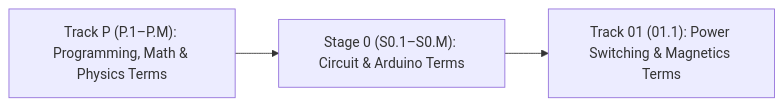
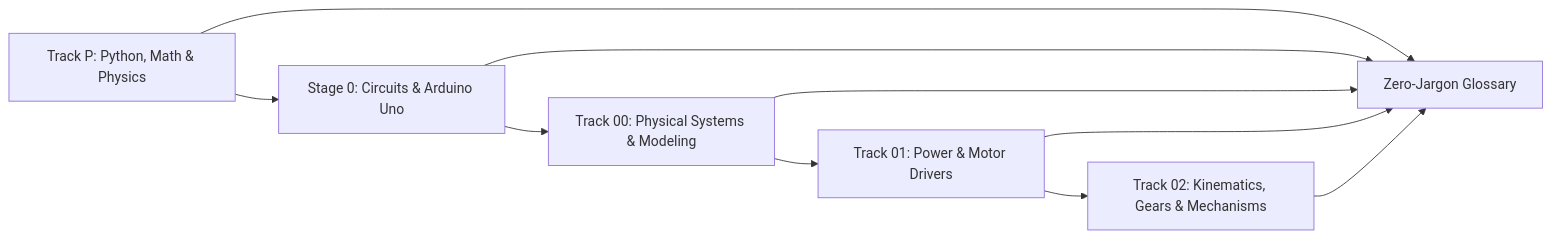
Before and after one commit to TLE47/Mechatronics-Roadmap: the diagram in resources/glossary.md, drawn with Mermaid. The commit also changed other lines of this file and 58 other files, not shown here.

````diff
--- a/resources/glossary.md
+++ b/resources/glossary.md
@@ -5,5 +5,12 @@
 ```mermaid
 flowchart LR
-    TP["Track P (P.1–P.M): Programming, Math & Physics Terms"] --> S0["Stage 0 (S0.1–S0.M): Circuit & Arduino Terms"]
-    S0 --> T01["Track 01 (01.1): Power Switching & Magnetics Terms"]
+    TP["Track P: Python, Math & Physics"] --> S0["Stage 0: Circuits & Arduino Uno"]
+    S0 --> T00["Track 00: Physical Systems & Modeling"]
+    T00 --> T01["Track 01: Power & Motor Drivers"]
+    T01 --> T02["Track 02: Kinematics, Gears & Mechanisms"]
+    TP --> G["Zero-Jargon Glossary"]
+    S0 --> G
+    T00 --> G
+    T01 --> G
+    T02 --> G
 ```
````
